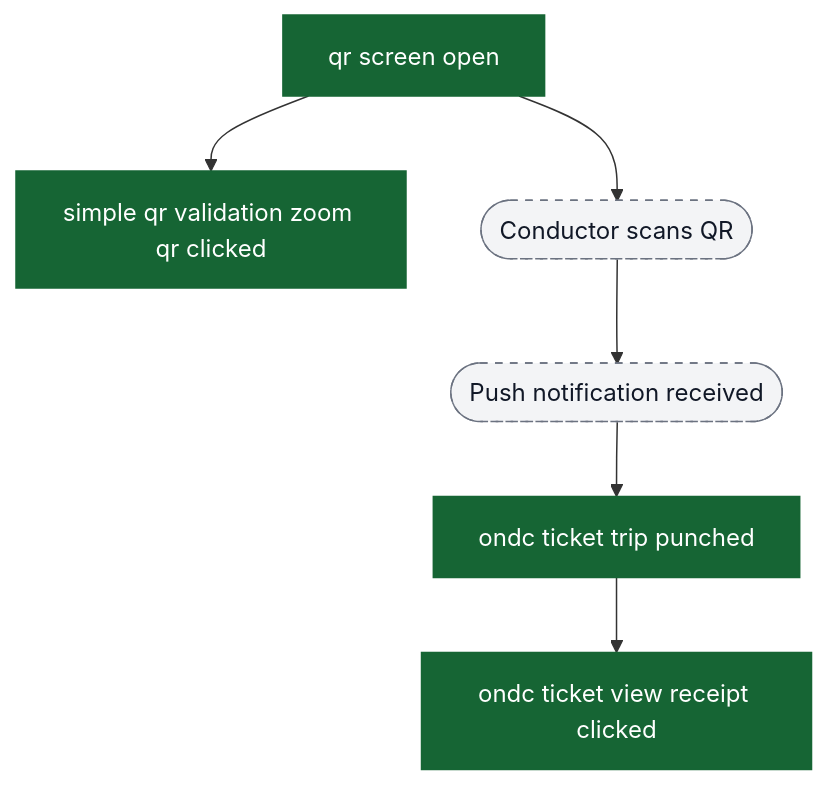
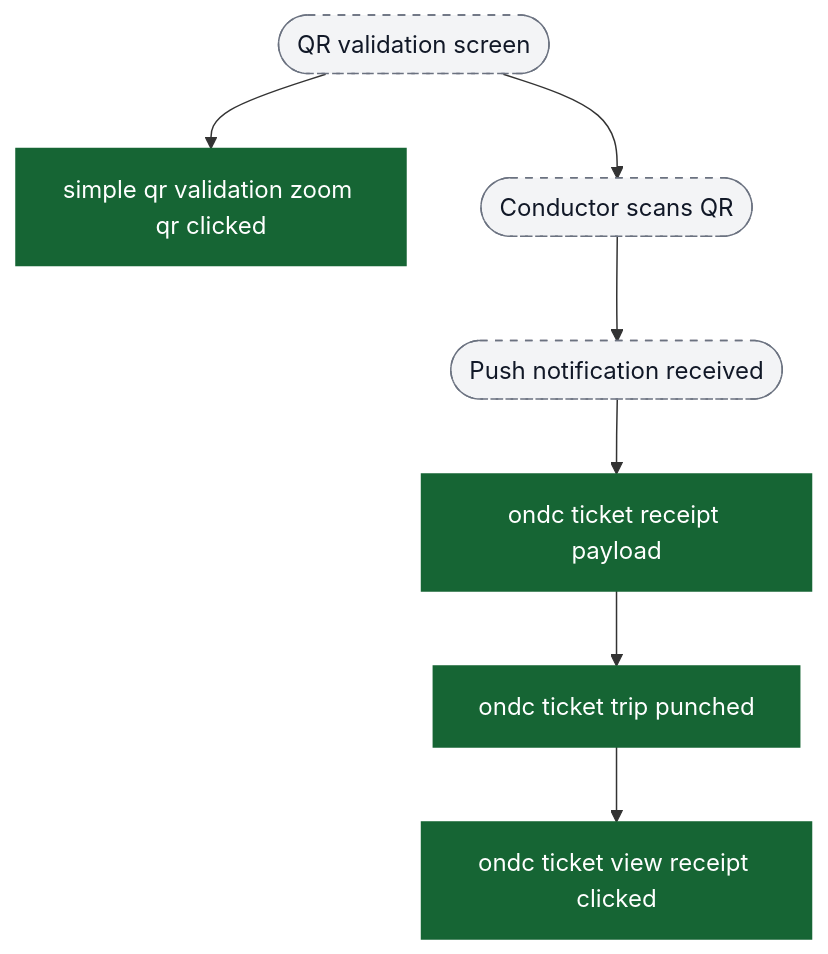
The fifth of 9 diagrams in content/analytics/ondc-bus/flow-diagrams.md (ratulsarna/chalo-app-dashboard), drawn with Mermaid before and after one commit. The commit also changed other lines of this file and 1 other file, not shown here.

Commit message:
feat(analytics): update ONDC bus event descriptions and flow diagrams for improved clarity and accuracy

````diff
--- a/content/analytics/ondc-bus/flow-diagrams.md
+++ b/content/analytics/ondc-bus/flow-diagrams.md
@@ -103,14 +101,15 @@
 ```mermaid
 flowchart TD
-  ev_qrScreenOpen["qr screen open"] --> ev_qrZoom["simple qr validation zoom qr clicked"]
-  ev_qrScreenOpen --> ui_conductorScans([Conductor scans QR])
+  ui_qrValidation([QR validation screen]) --> ev_qrZoom["simple qr validation zoom qr clicked"]
+  ui_qrValidation --> ui_conductorScans([Conductor scans QR])
   ui_conductorScans --> ui_punchNotification([Push notification received])
-  ui_punchNotification --> ev_tripPunched["ondc ticket trip punched"]
+  ui_punchNotification --> ev_receiptPayload["ondc ticket receipt payload"]
+  ev_receiptPayload --> ev_tripPunched["ondc ticket trip punched"]
   ev_tripPunched --> ev_viewReceipt["ondc ticket view receipt clicked"]
 
   classDef event fill:#166534,stroke:#166534,color:#ffffff;
   classDef ui fill:#f3f4f6,stroke:#6b7280,stroke-dasharray: 5 5,color:#111827;
 
-  class ev_qrScreenOpen,ev_qrZoom,ev_tripPunched,ev_viewReceipt event;
-  class ui_conductorScans,ui_punchNotification ui;
+  class ev_qrZoom,ev_receiptPayload,ev_tripPunched,ev_viewReceipt event;
+  class ui_qrValidation,ui_conductorScans,ui_punchNotification ui;
 ```
````
